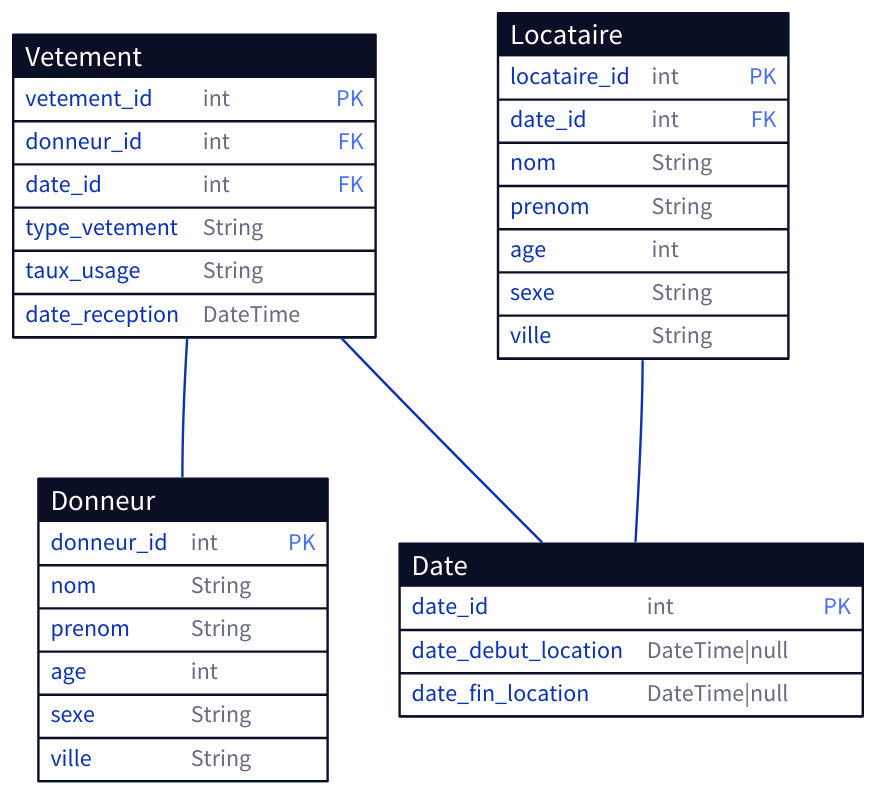
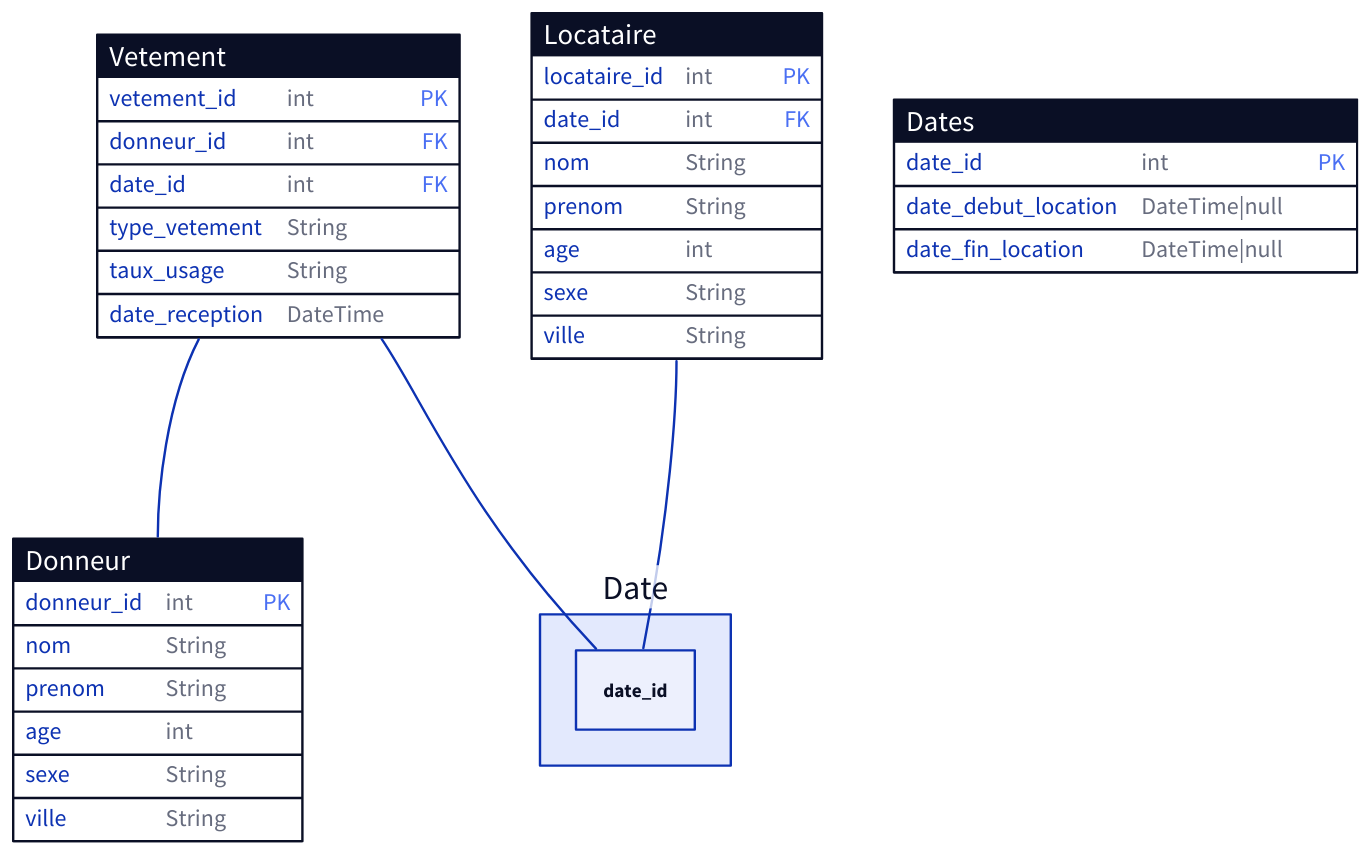
Before and after one commit to Adidooouuu/inventaire_armoire: the diagram in location_vetement.d2, drawn with D2. The commit also changed 2 other files, not shown here.

Commit message:
Create Locataire and Dates table

```diff
--- a/location_vetement.d2
+++ b/location_vetement.d2
@@ -1,44 +1,44 @@
 # Location vêtements
 
 Vetement: {
   shape: sql_table
   vetement_id: int {constraint: primary_key}
   donneur_id: int {constraint: foreign_key}
   date_id: int {constraint: foreign_key}
   type_vetement: String
   taux_usage: String
   date_reception: DateTime
 }
 
 Donneur: {
   shape: sql_table
   donneur_id: int {constraint: primary_key}
   nom: String
   prenom: String
   age: int
   sexe: String
   ville: String
 }
 
 Locataire: {
   shape: sql_table
   locataire_id: int {constraint: primary_key}
   date_id: int {constraint: foreign_key}
   nom: String
   prenom: String
   age: int
   sexe: String
   ville: String
 }
 
-Date: {
+Dates: {
   shape: sql_table
   date_id: int {constraint: primary_key}
   date_debut_location: DateTime|null
   date_fin_location: DateTime|null
 }
 
 Vetement.donneur_id -- Donneur.donneur_id
 
 Vetement.date_id -- Date.date_id
 Locataire.date_id -- Date.date_id
```
